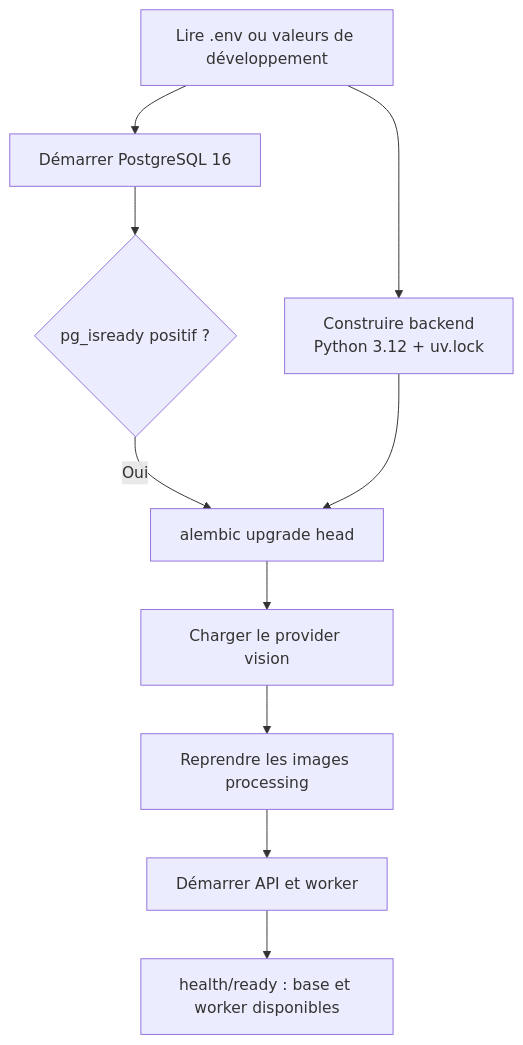
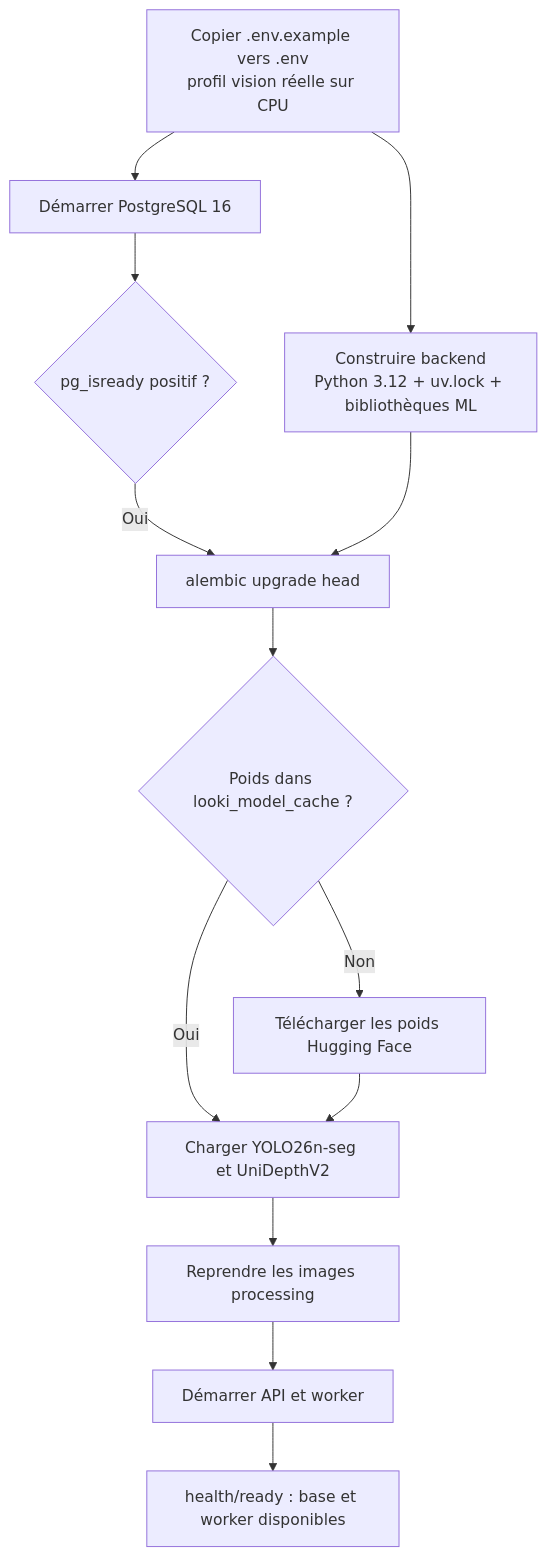
One commit to Mindsept/Looki--Vision changed the first of 7 diagrams in docs/05-installation-et-exploitation.md. Above: the diagram before and after it, drawn with Mermaid. The commit also changed other lines of this file and 7 other files, not shown here.

````diff
--- a/docs/05-installation-et-exploitation.md
+++ b/docs/05-installation-et-exploitation.md
@@ -5,12 +5,15 @@
 ```mermaid
 flowchart TD
-    Env[Lire .env ou valeurs de développement] --> Build[Construire backend<br/>Python 3.12 + uv.lock]
+    Env[Copier .env.example vers .env<br/>profil vision réelle sur CPU] --> Build[Construire backend<br/>Python 3.12 + uv.lock + bibliothèques ML]
     Env --> PG[Démarrer PostgreSQL 16]
     PG --> Healthy{pg_isready positif ?}
     Healthy -->|Oui| Migration[alembic upgrade head]
     Build --> Migration
-    Migration --> Provider[Charger le provider vision]
+    Migration --> Cache{Poids dans looki_model_cache ?}
+    Cache -->|Non| Download[Télécharger les poids Hugging Face]
+    Cache -->|Oui| Provider[Charger YOLO26n-seg et UniDepthV2]
+    Download --> Provider
     Provider --> Recover[Reprendre les images processing]
     Recover --> App[Démarrer API et worker]
     App --> Ready[health/ready : base et worker disponibles]
 ```
````
